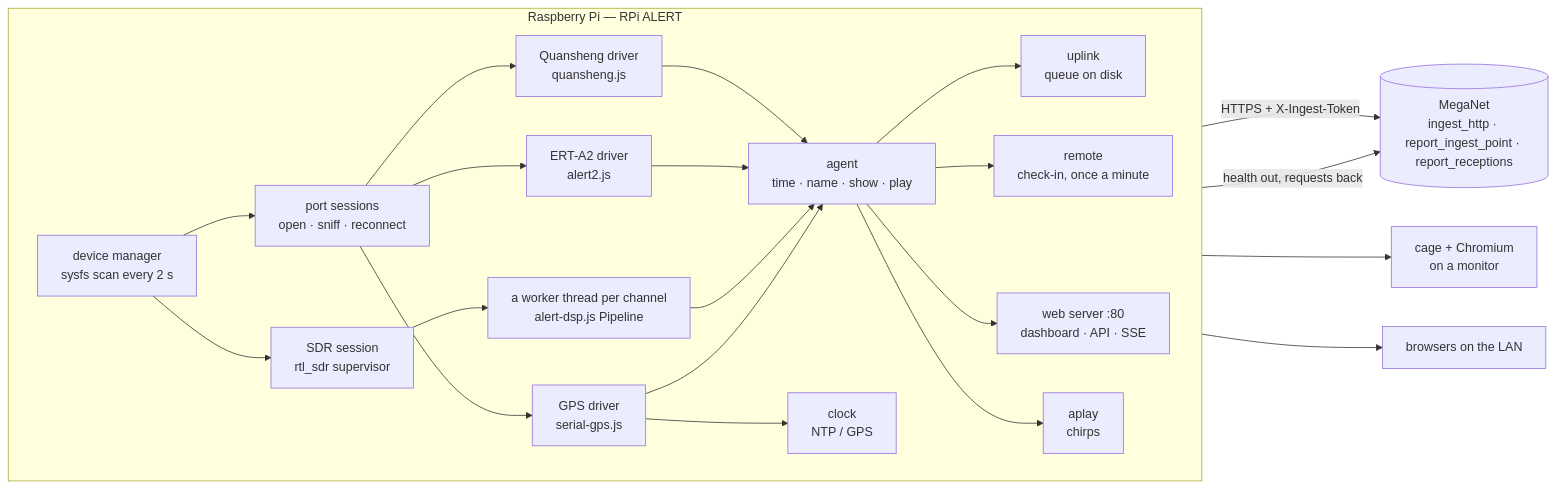
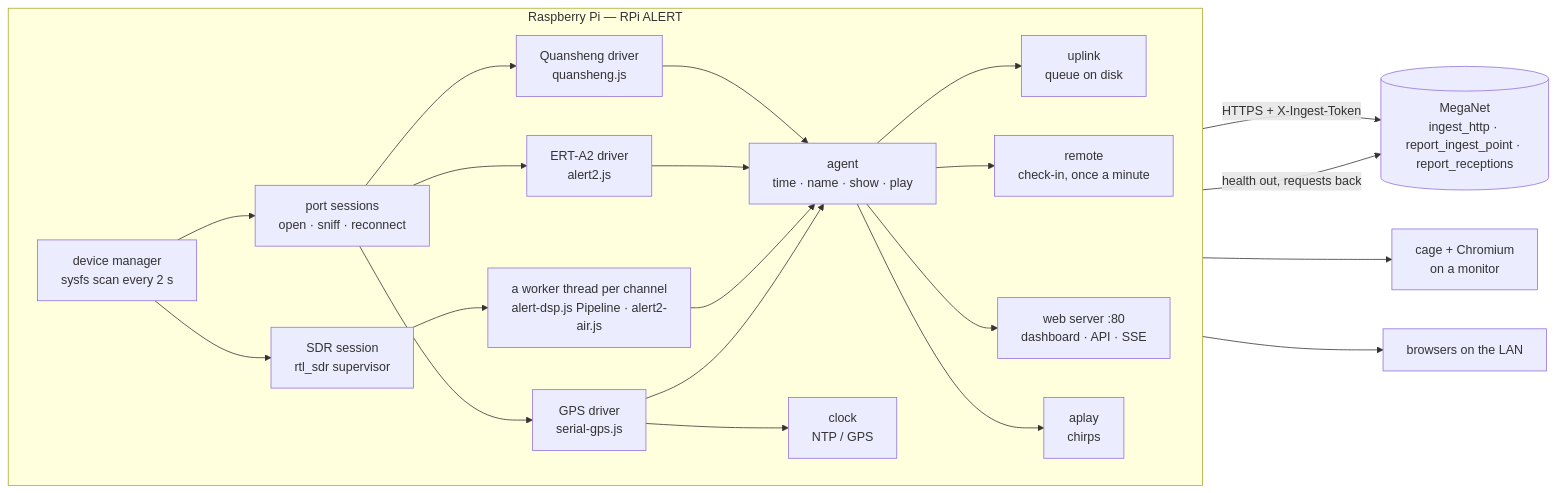
Before and after one commit to cdomotor-g/RPi_ALERT: the diagram in docs/how-it-works.md, drawn with Mermaid. The commit also changed other lines of this file and 21 other files, not shown here.

````diff
--- a/docs/how-it-works.md
+++ b/docs/how-it-works.md
@@ -3,23 +3,23 @@
 ```mermaid
 flowchart LR
   subgraph Pi[Raspberry Pi — RPi ALERT]
     direction LR
     scan[device manager<br/>sysfs scan every 2 s] --> ps[port sessions<br/>open · sniff · reconnect]
     ps --> q[Quansheng driver<br/>quansheng.js]
     ps --> e[ERT-A2 driver<br/>alert2.js]
     ps --> g[GPS driver<br/>serial-gps.js]
     scan --> sdr[SDR session<br/>rtl_sdr supervisor]
-    sdr --> w[a worker thread per channel<br/>alert-dsp.js Pipeline]
+    sdr --> w[a worker thread per channel<br/>alert-dsp.js Pipeline · alert2-air.js]
     q & e & w --> agent[agent<br/>time · name · show · play]
     g --> clock[clock<br/>NTP / GPS]
     g --> agent
     agent --> up[uplink<br/>queue on disk]
   agent --> rm[remote<br/>check-in, once a minute]
     agent --> web[web server :80<br/>dashboard · API · SSE]
     agent --> audio[aplay<br/>chirps]
   end
   up -- "HTTPS + X-Ingest-Token" --> mn[(MegaNet<br/>ingest_http · report_ingest_point · report_receptions)]
   rm -- "health out, requests back" --> mn
   web --> kiosk[cage + Chromium<br/>on a monitor]
   web --> lan[browsers on the LAN]
 ```
````
